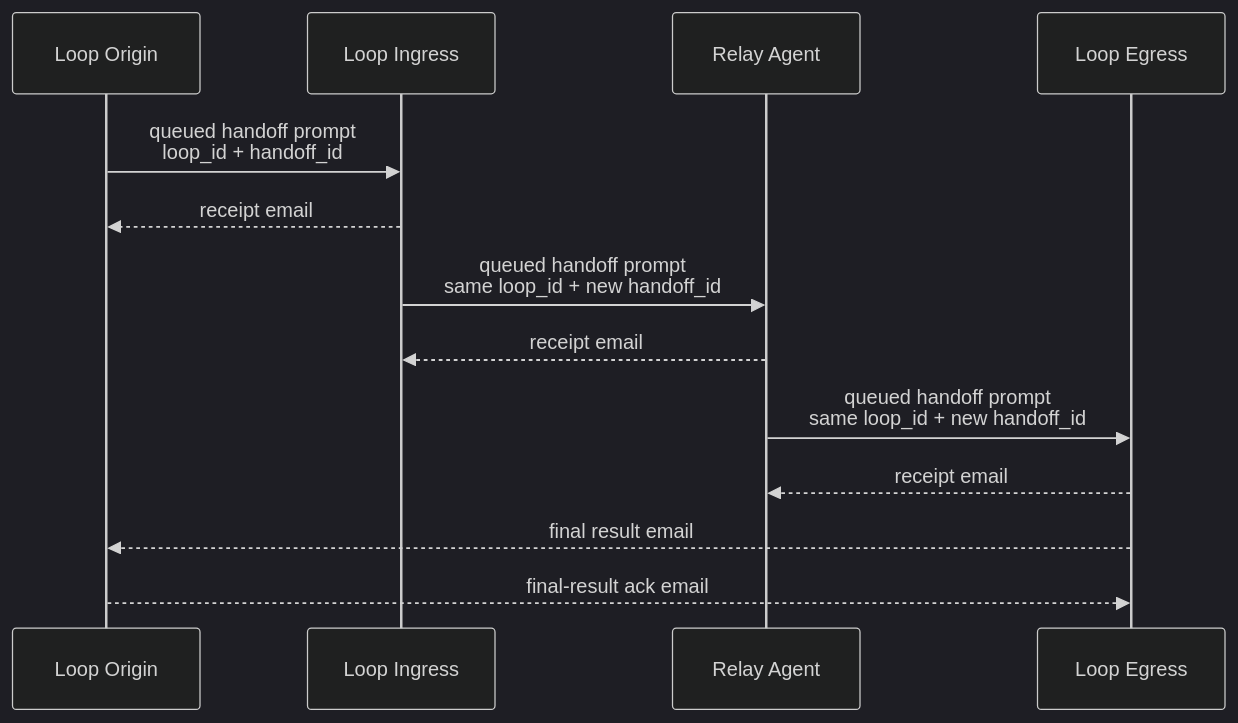
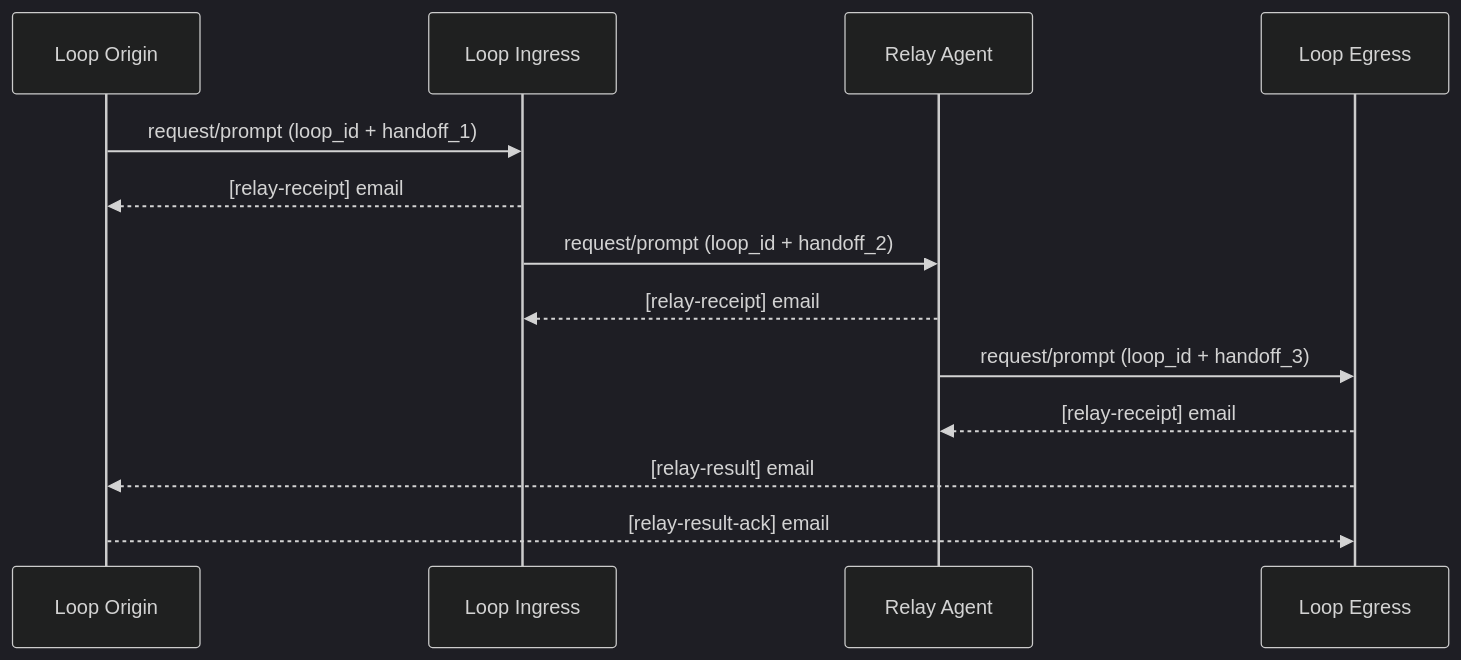
One commit to igamenovoer/houmao changed the diagram in src/houmao/agents/assets/system_skills/public/houmao-shared-routines/subskills/houmao-adv-usage-pattern/commands/relay-loop-via-gateway-and-mailbox.md. Above: the diagram before and after it, drawn with Mermaid (dark theme). The commit also changed other lines of this file and 187 other files, not shown here.

````diff
--- a/src/houmao/agents/assets/system_skills/public/houmao-shared-routines/subskills/houmao-adv-usage-pattern/commands/relay-loop-via-gateway-and-mailbox.md
+++ b/src/houmao/agents/assets/system_skills/public/houmao-shared-routines/subskills/houmao-adv-usage-pattern/commands/relay-loop-via-gateway-and-mailbox.md
@@ -64,16 +35,16 @@
 ```mermaid
 sequenceDiagram
     participant Origin as Loop Origin
     participant X as Loop Ingress
     participant R as Relay Agent
     participant Y as Loop Egress
 
-    Origin->>X: queued handoff prompt<br/>loop_id + handoff_id
-    X-->>Origin: receipt email
-    X->>R: queued handoff prompt<br/>same loop_id + new handoff_id
-    R-->>X: receipt email
-    R->>Y: queued handoff prompt<br/>same loop_id + new handoff_id
-    Y-->>R: receipt email
-    Y-->>Origin: final result email
-    Origin-->>Y: final-result ack email
+    Origin->>X: request/prompt (loop_id + handoff_1)
+    X-->>Origin: [relay-receipt] email
+    X->>R: request/prompt (loop_id + handoff_2)
+    R-->>X: [relay-receipt] email
+    R->>Y: request/prompt (loop_id + handoff_3)
+    Y-->>R: [relay-receipt] email
+    Y-->>Origin: [relay-result] email
+    Origin-->>Y: [relay-result-ack] email
 ```
````
